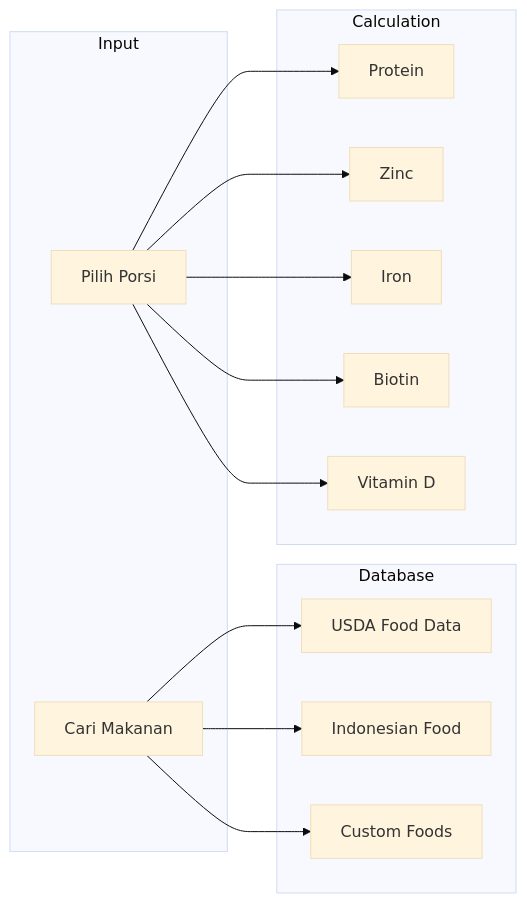
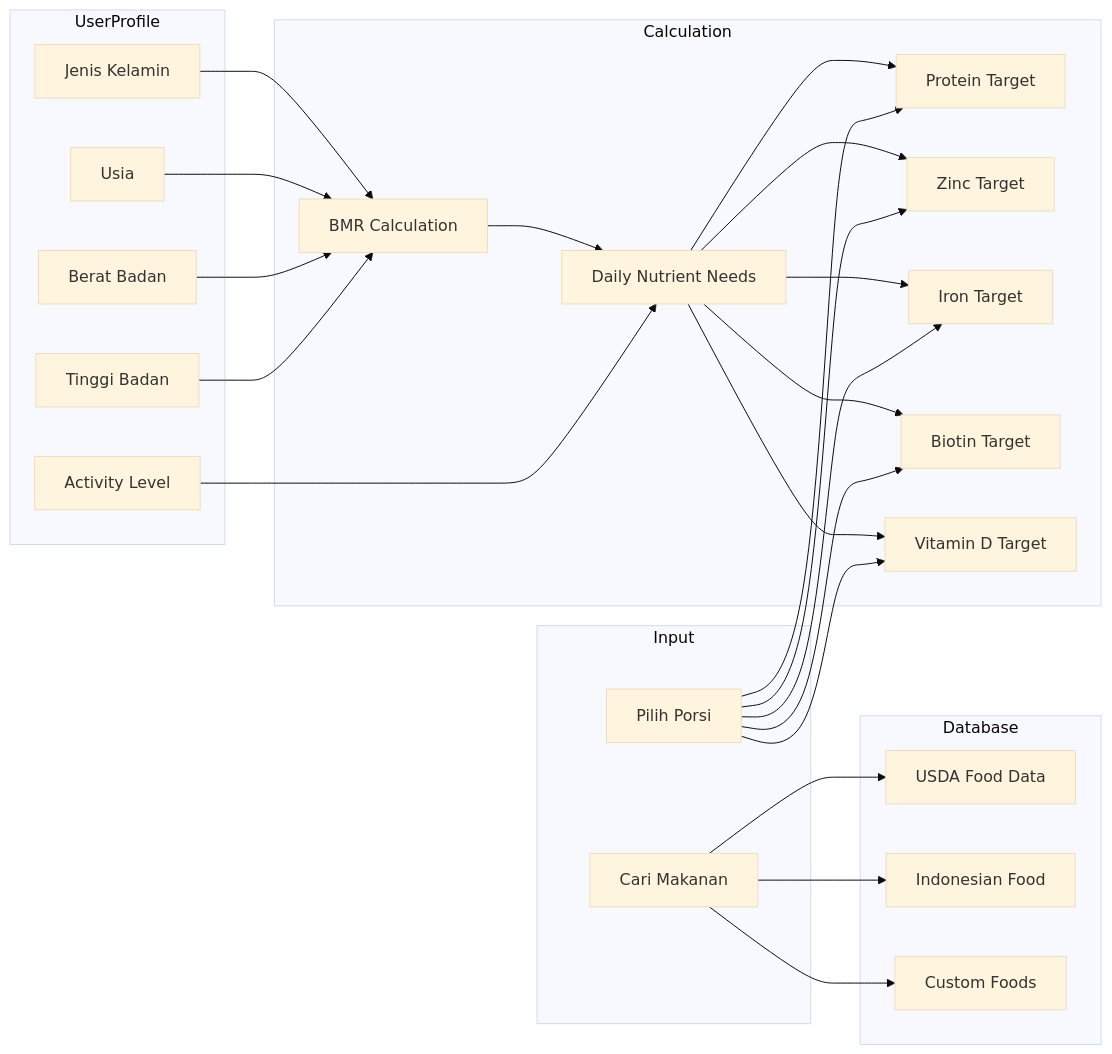
Before and after one commit to petrushandika/Scalp-Analytics: the eighth of 17 diagrams in Documentation/PRD.md, drawn with Mermaid (base theme). The commit also changed other lines of this file and 6 other files, not shown here.

````diff
--- a/Documentation/PRD.md
+++ b/Documentation/PRD.md
@@ -337,30 +393,51 @@
 ```mermaid
 flowchart LR
     subgraph Input
         A[Cari Makanan]
         B[Pilih Porsi]
     end
 
     subgraph Database
         C[USDA Food Data]
         D[Indonesian Food]
         E[Custom Foods]
     end
 
+    subgraph UserProfile
+        F[Tinggi Badan]
+        G[Berat Badan]
+        H[Usia]
+        I[Jenis Kelamin]
+        J[Activity Level]
+    end
+
     subgraph Calculation
-        F[Protein]
-        G[Zinc]
-        H[Iron]
-        I[Biotin]
-        J[Vitamin D]
+        K[BMR Calculation]
+        L[Daily Nutrient Needs]
+        M[Protein Target]
+        N[Zinc Target]
+        O[Iron Target]
+        P[Biotin Target]
+        Q[Vitamin D Target]
     end
 
     A --> C
     A --> D
     A --> E
-    B --> F
-    B --> G
-    B --> H
-    B --> I
-    B --> J
+    B --> M
+    B --> N
+    B --> O
+    B --> P
+    B --> Q
+    F --> K
+    G --> K
+    H --> K
+    I --> K
+    J --> L
+    K --> L
+    L --> M
+    L --> N
+    L --> O
+    L --> P
+    L --> Q
 ```
````
